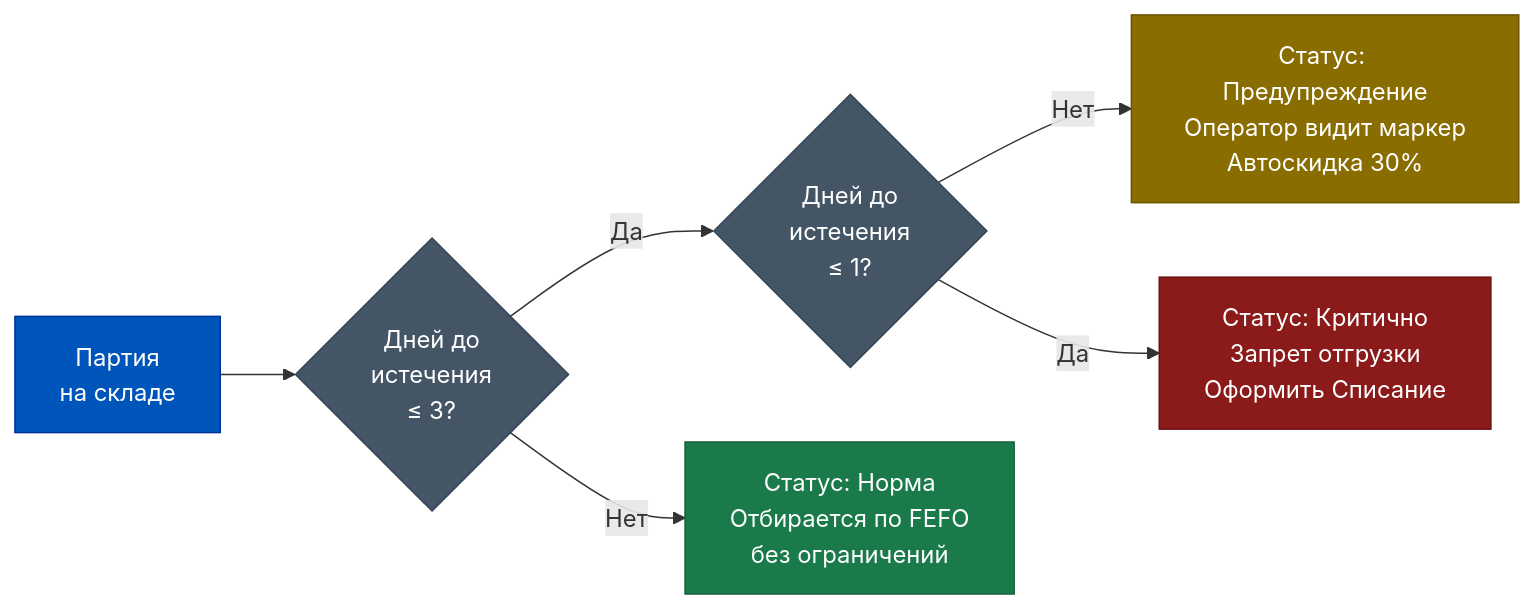
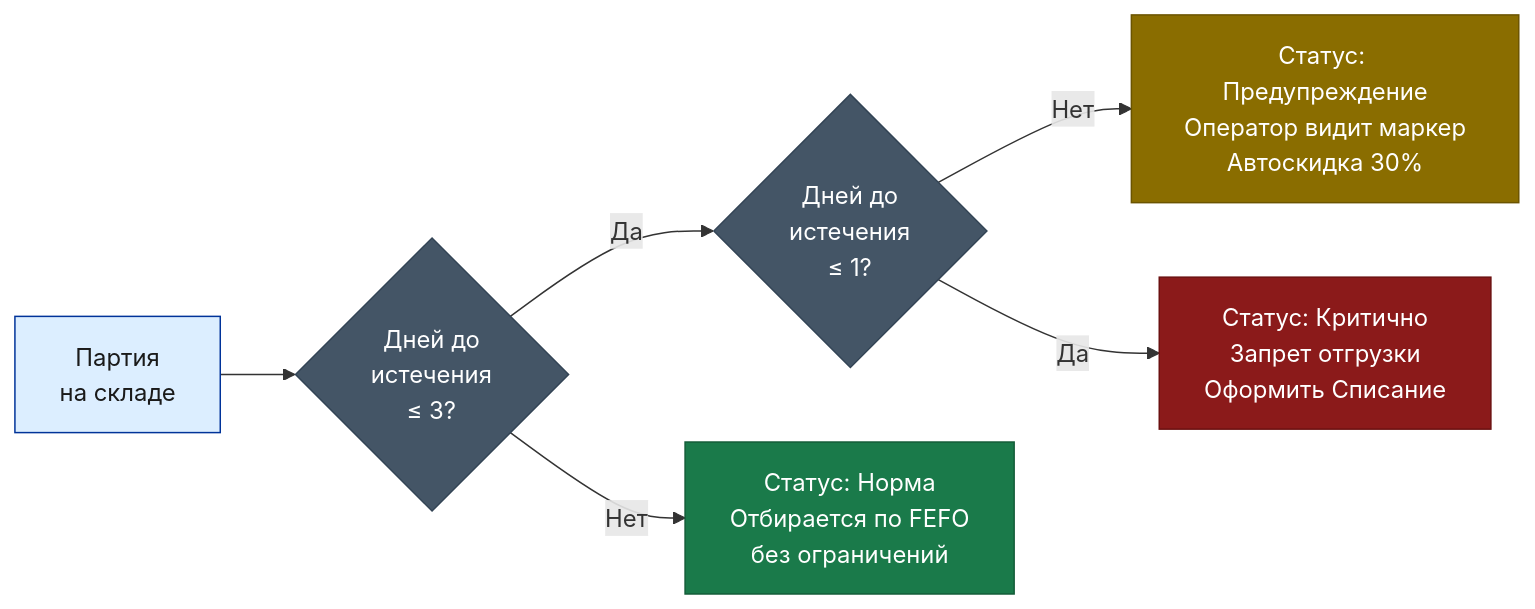
One commit to murad1986/1c-erp-quartz changed the third of 6 diagrams in content/1c-erp/week_4/Неделя 4 - День 4 - Сроки годности и FEFO.md. Above: the diagram before and after it, drawn with Mermaid. The commit also changed other lines of this file and 57 other files, not shown here.

First line of the commit message:
fix: Mermaid — пастельные цвета в источниках диаграмм (56 файлов)

````diff
--- a/content/1c-erp/week_4/Неделя 4 - День 4 - Сроки годности и FEFO.md
+++ b/content/1c-erp/week_4/Неделя 4 - День 4 - Сроки годности и FEFO.md
@@ -256,21 +256,21 @@
 ```mermaid
 flowchart LR
     A["Партия<br/>на складе"]:::stock
     B{"Дней до<br/>истечения<br/>≤ 3?"}:::check
     C{"Дней до<br/>истечения<br/>≤ 1?"}:::check
     D["Статус: Норма<br/>Отбирается по FEFO<br/>без ограничений"]:::ok
     E["Статус: Предупреждение<br/>Оператор видит маркер<br/>Автоскидка 30%"]:::warn
     F["Статус: Критично<br/>Запрет отгрузки<br/>Оформить Списание"]:::error
 
     A --> B
     B -- Нет --> D
     B -- Да --> C
     C -- Нет --> E
     C -- Да --> F
 
-    classDef stock fill:#0055BB,color:#fff,stroke:#003399
+    classDef stock fill:#dceeff,color:#1a1a1a,stroke:#003399
     classDef check fill:#445566,color:#fff,stroke:#334455
     classDef ok fill:#1a7a4a,color:#fff,stroke:#135c38
     classDef warn fill:#8a6d00,color:#fff,stroke:#6b5400
     classDef error fill:#8b1a1a,color:#fff,stroke:#6b1010
 ```
````
